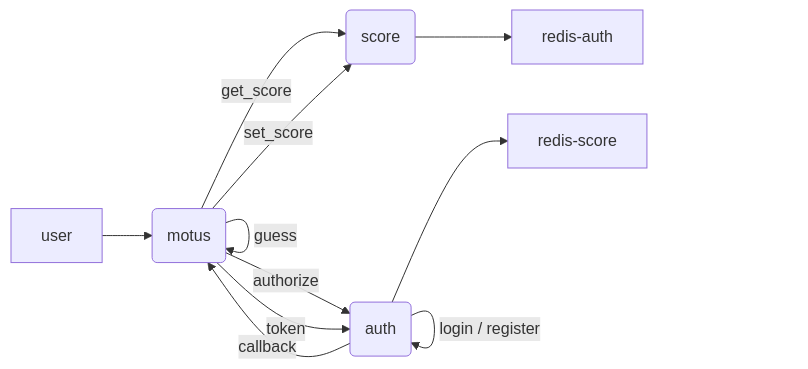
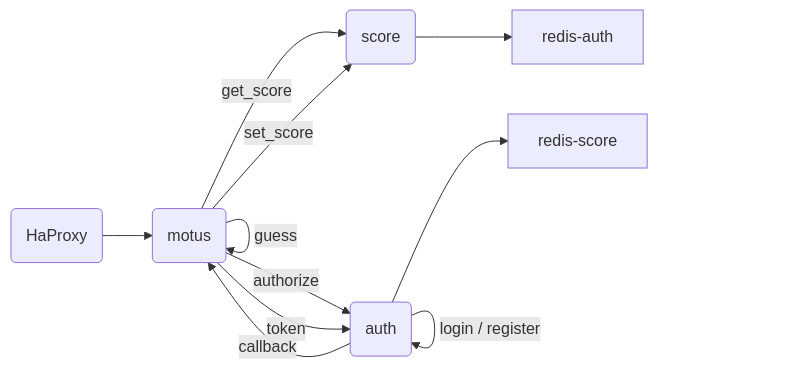
The diagram in README.md (lostsh/Microservices), drawn with Mermaid before and after one commit.

Commit message:
HaProxy in mermaid

````diff
--- a/README.md
+++ b/README.md
@@ -163,13 +163,13 @@
 ```mermaid
 flowchart LR
-    A[user] --> B(motus)
+    A(HaProxy) --> B(motus)
     B --> |guess| B
     B --> |get_score| C(score)
     B -->|set_score| C
     C --> E[redis-auth]
     B --> |authorize| D(auth)
     D --> F[redis-score]
     D --> |login / register| D
     D --> |callback| B
     B --> |token| D
 ```
````
